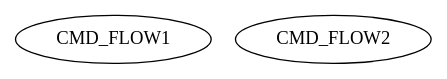
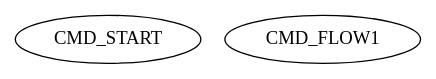
One commit to GSI-CS-CO/bel_projects changed the diagram in modules/ftm/ftmx86/test_cmd.dot. Above: the diagram before and after it, drawn with Graphviz. The commit also changed 8 other files, not shown here.

Commit message:
tool: now supports 'idle' as flow destination, dot cmd files now support 'start' and 'abort' command, added 'thread' property for this purpose

```diff
--- a/modules/ftm/ftmx86/test_cmd.dot
+++ b/modules/ftm/ftmx86/test_cmd.dot
@@ -1,13 +1,14 @@
 digraph g {
-name="123!CMD";
+name="123!CMD!";
 
 graph []
 
-
-  CMD_FLOW1   [type="flow",   prio="0", toffs="0",  target="B_PPS", dest="Evt_PPSB", tvalid="0"];
-  CMD_FLOW2  [type="flow",   prio="0", toffs="0",  target="B_PPS2", dest="Evt_PPSD", tvalid="0"];
+  CMD_START   [type="start", cpu="1", thread="1"];
+  //CMD_ABORT   [type="abort", cpu="1", thread="1"];
+  CMD_FLOW1   [type="flow",   prio="0", toffs="0",  target="B_PPS", dest="Evt_PPS", tvalid="0"];
+  
   //CMD_WAIT   [type="wait",   prio="1", toffs="55", target="B_Bla", tvalid="5000"];
 
 
 
 }
```
